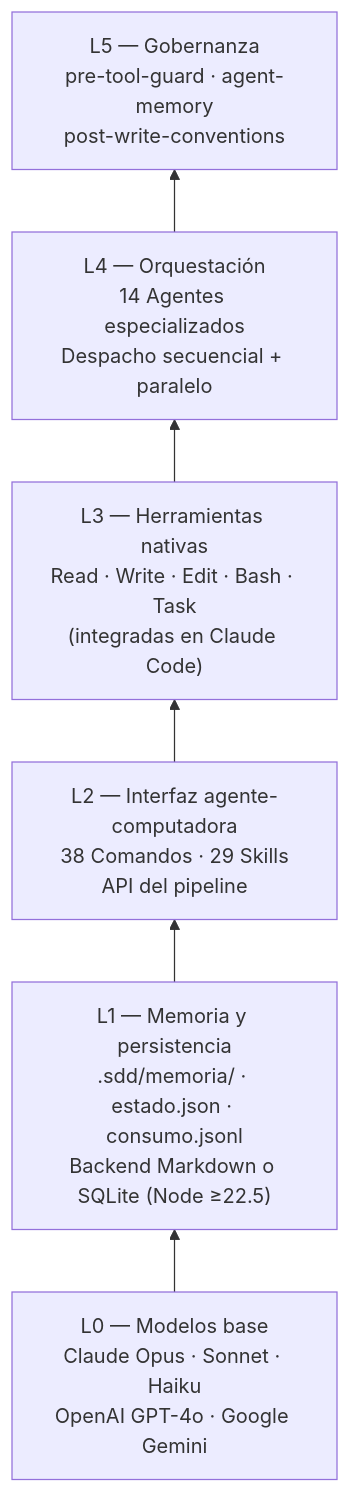
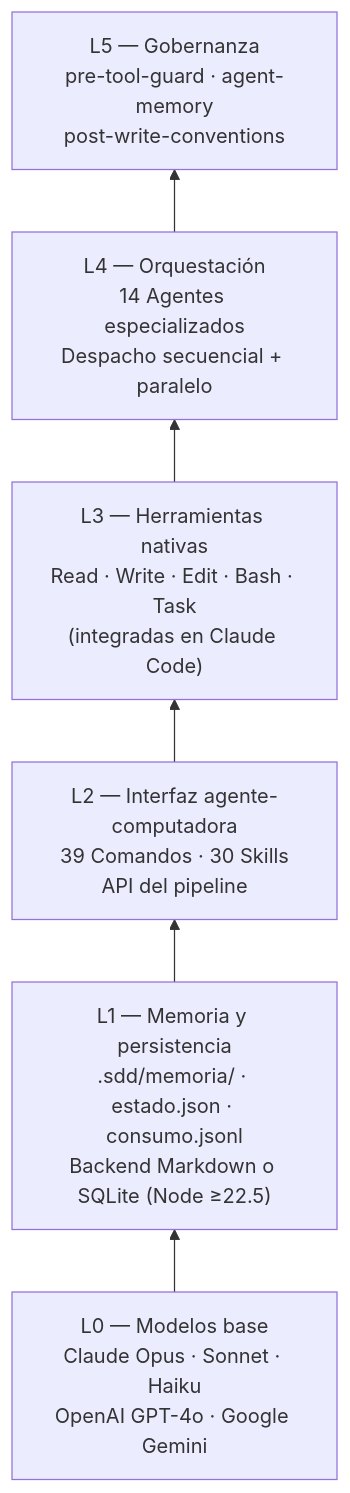
Before and after one commit to carlos060798/FORGE: the second of 10 diagrams in docs/architecture.md, drawn with Mermaid. The commit also changed other lines of this file and 19 other files, not shown here.

First line of the commit message:
fix: actualizar data.js con números correctos (39 comandos, 30 skills)

````diff
--- a/docs/architecture.md
+++ b/docs/architecture.md
@@ -32,15 +32,15 @@
 ```mermaid
 graph BT
     L0["L0 — Modelos base\nClaude Opus · Sonnet · Haiku\nOpenAI GPT-4o · Google Gemini"]
     L1["L1 — Memoria y persistencia\n.sdd/memoria/ · estado.json · consumo.jsonl\nBackend Markdown o SQLite (Node ≥22.5)"]
-    L2["L2 — Interfaz agente-computadora\n38 Comandos · 29 Skills\nAPI del pipeline"]
+    L2["L2 — Interfaz agente-computadora\n39 Comandos · 30 Skills\nAPI del pipeline"]
     L3["L3 — Herramientas nativas\nRead · Write · Edit · Bash · Task\n(integradas en Claude Code)"]
     L4["L4 — Orquestación\n14 Agentes especializados\nDespacho secuencial + paralelo"]
     L5["L5 — Gobernanza\npre-tool-guard · agent-memory\npost-write-conventions"]
 
     L0 --> L1
     L1 --> L2
     L2 --> L3
     L3 --> L4
     L4 --> L5
 ```
````
